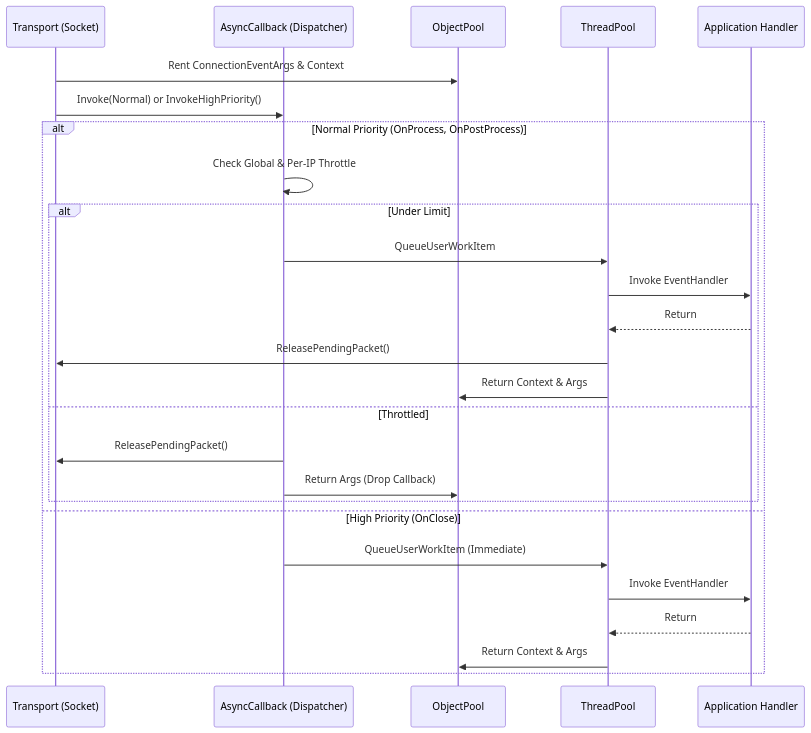
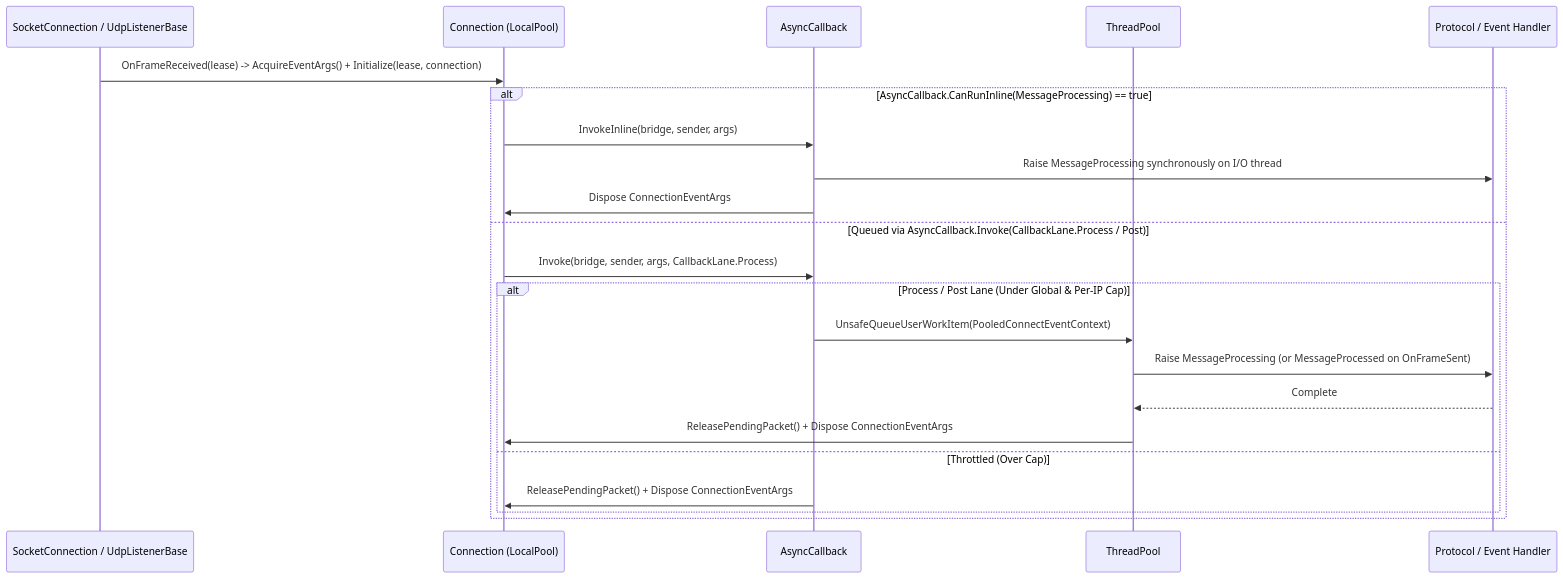
Before and after one commit to ppn-systems/nalix-docs: the diagram in src/content/docs/en-us/api/network/connection/connection-events.md, drawn with Mermaid. The commit also changed other lines of this file and 180 other files, not shown here.

````diff
--- a/src/content/docs/en-us/api/network/connection/connection-events.md
+++ b/src/content/docs/en-us/api/network/connection/connection-events.md
@@ -19,30 +23,25 @@
 ```mermaid
 sequenceDiagram
-    participant S as Transport (Socket)
-    participant AC as AsyncCallback (Dispatcher)
-    participant P as ObjectPool
+    participant S as SocketConnection / UdpListenerBase
+    participant C as Connection (LocalPool)
+    participant AC as AsyncCallback
     participant TP as ThreadPool
-    participant H as Application Handler
+    participant H as Protocol / Event Handler
 
-    S->>P: Rent ConnectionEventArgs & Context
-    S->>AC: Invoke(Normal) or InvokeHighPriority()
-    
-    alt Normal Priority (OnProcess, OnPostProcess)
-        AC->>AC: Check Global & Per-IP Throttle
-        alt Under Limit
-            AC->>TP: QueueUserWorkItem
-            TP->>H: Invoke EventHandler
-            H-->>TP: Return
-            TP->>S: ReleasePendingPacket()
-            TP->>P: Return Context & Args
-        else Throttled
-            AC->>S: ReleasePendingPacket()
-            AC->>P: Return Args (Drop Callback)
+    S->>C: OnFrameReceived(lease) -> AcquireEventArgs() + Initialize(lease, connection)
+    alt AsyncCallback.CanRunInline(MessageProcessing) == true
+        C->>AC: InvokeInline(bridge, sender, args)
+        AC->>H: Raise MessageProcessing synchronously on I/O thread
+        AC->>C: Dispose ConnectionEventArgs
+    else Queued via AsyncCallback.Invoke(CallbackLane.Process / Post)
+        C->>AC: Invoke(bridge, sender, args, CallbackLane.Process)
+        alt Process / Post Lane (Under Global & Per-IP Cap)
+            AC->>TP: UnsafeQueueUserWorkItem(PooledConnectEventContext)
+            TP->>H: Raise MessageProcessing (or MessageProcessed on OnFrameSent)
+            H-->>TP: Complete
+            TP->>C: ReleasePendingPacket() + Dispose ConnectionEventArgs
+        else Throttled (Over Cap)
+            AC->>C: ReleasePendingPacket() + Dispose ConnectionEventArgs
         end
-    else High Priority (OnClose)
-        AC->>TP: QueueUserWorkItem (Immediate)
-        TP->>H: Invoke EventHandler
-        H-->>TP: Return
-        TP->>P: Return Context & Args
     end
 ```
````
